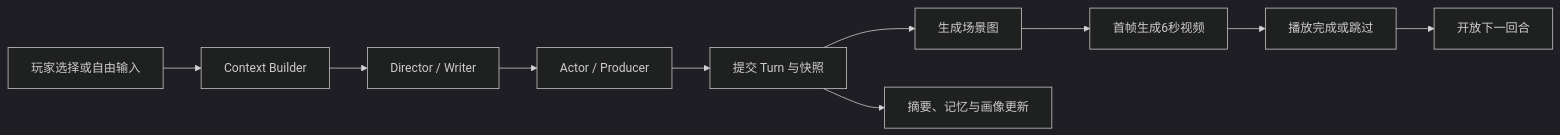
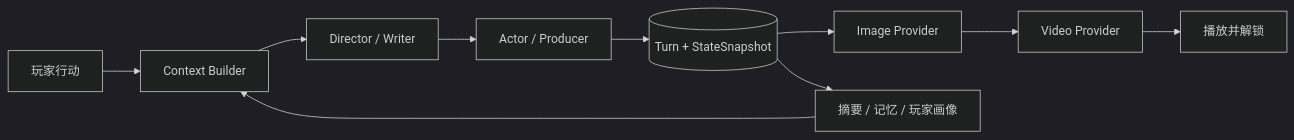
Before and after one commit to yushui2022/AI-galgame: the diagram in README.md, drawn with Mermaid (dark theme). The commit also changed other lines of this file and 1 other file, not shown here.

````diff
--- a/README.md
+++ b/README.md
@@ -78,12 +111,12 @@
 ```mermaid
 flowchart LR
-    A[玩家选择或自由输入] --> B[Context Builder]
-    B --> C[Director / Writer]
-    C --> D[Actor / Producer]
-    D --> E[提交 Turn 与快照]
-    E --> F[生成场景图]
-    F --> G[首帧生成6秒视频]
-    G --> H[播放完成或跳过]
-    H --> I[开放下一回合]
-    E --> J[摘要、记忆与画像更新]
+    U[玩家行动] --> C[Context Builder]
+    C --> D[Director / Writer]
+    D --> P[Actor / Producer]
+    P --> T[(Turn + StateSnapshot)]
+    T --> I[Image Provider]
+    I --> V[Video Provider]
+    V --> UI[播放并解锁]
+    T --> M[摘要 / 记忆 / 玩家画像]
+    M --> C
 ```
````
